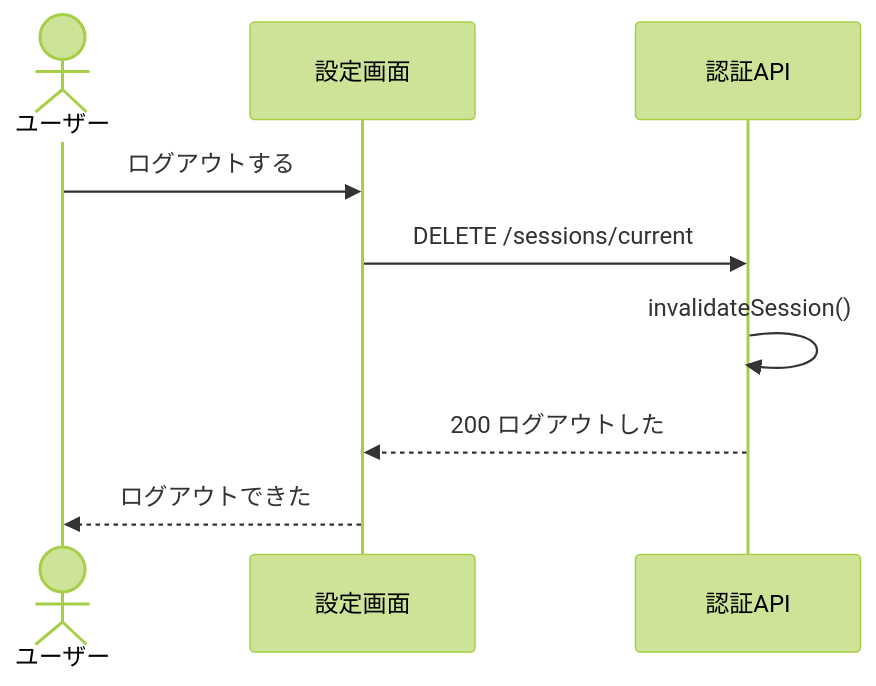
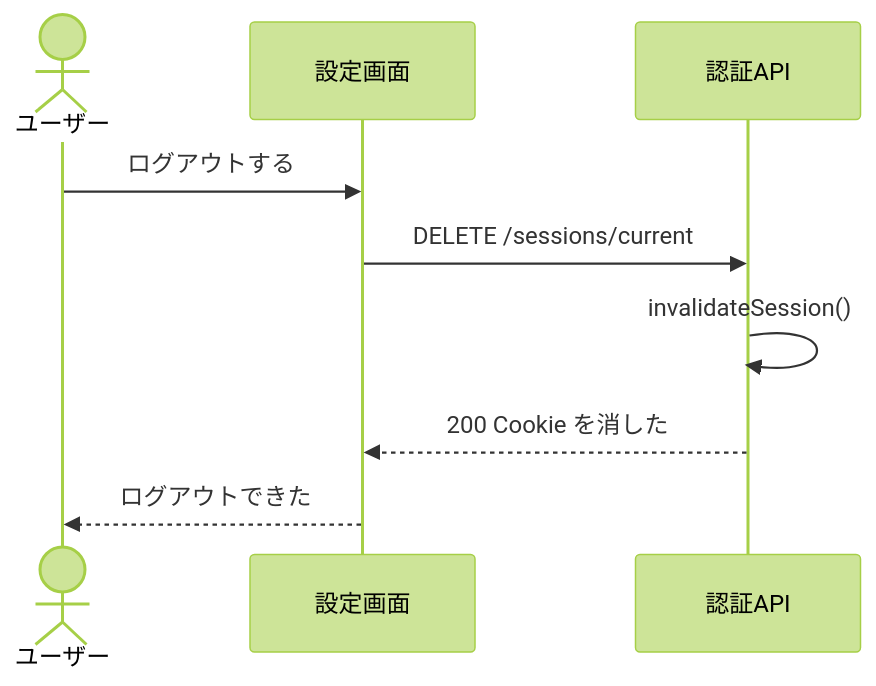
The diagram in apis/logout/README.md (masamasamasato/design-doc-template), drawn with Mermaid (forest theme) before and after one commit. The commit also changed other lines of this file and 18 other files, not shown here.

````diff
--- a/apis/logout/README.md
+++ b/apis/logout/README.md
@@ -11,11 +11,11 @@
 ```mermaid
 sequenceDiagram
   actor User as ユーザー
   participant Screen as 設定画面
   participant API as 認証API
   User->>Screen: ログアウトする
   Screen->>API: DELETE /sessions/current
   API->>API: invalidateSession()
-  API-->>Screen: 200 ログアウトした
+  API-->>Screen: 200 Cookie を消した
   Screen-->>User: ログアウトできた
 ```
````
